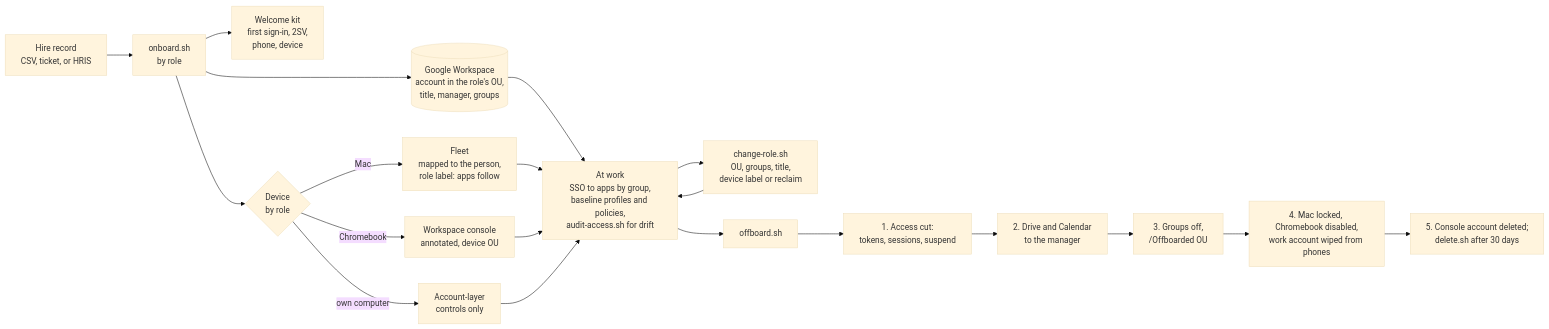
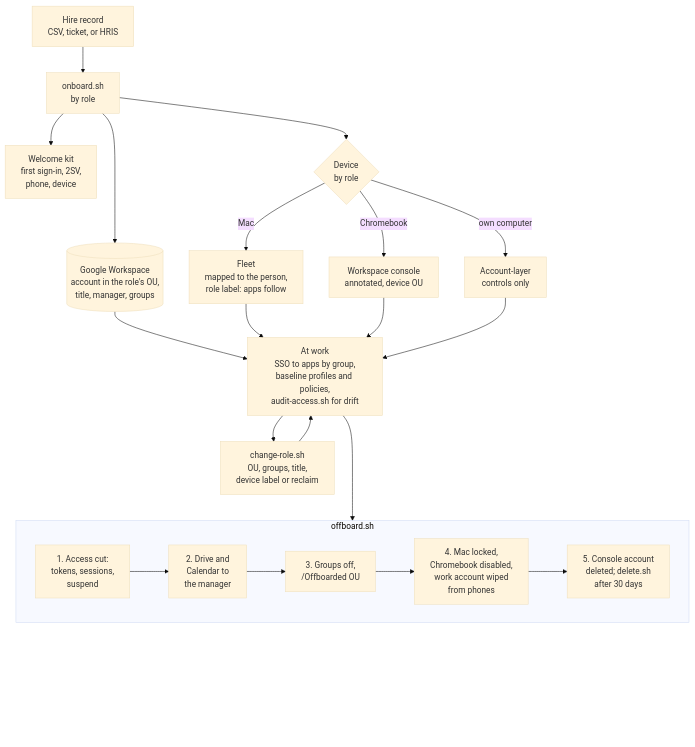
One commit to tjcollins321/endpoint-identity-lab changed the diagram in README.md. Above: the diagram before and after it, drawn with Mermaid (base theme).

Commit message:
README: the lifecycle diagram drawn top to bottom, the offboarding steps in one row (#1)

````diff
--- a/README.md
+++ b/README.md
@@ -25,22 +25,26 @@
 ```mermaid
-flowchart LR
+flowchart TB
   HR["Hire record<br/>CSV, ticket, or HRIS"] --> ON["onboard.sh<br/>by role"]
   ON --> WS[("Google Workspace<br/>account in the role's OU,<br/>title, manager, groups")]
   ON --> KIT["Welcome kit<br/>first sign-in, 2SV,<br/>phone, device"]
   ON --> DEV{"Device<br/>by role"}
   DEV -->|Mac| FL["Fleet<br/>mapped to the person,<br/>role label: apps follow"]
   DEV -->|Chromebook| CR["Workspace console<br/>annotated, device OU"]
   DEV -->|own computer| BYOD["Account-layer<br/>controls only"]
   WS --> WORK["At work<br/>SSO to apps by group,<br/>baseline profiles and policies,<br/>audit-access.sh for drift"]
   FL --> WORK
   CR --> WORK
   BYOD --> WORK
   WORK --> CH["change-role.sh<br/>OU, groups, title,<br/>device label or reclaim"]
   CH --> WORK
-  WORK --> OFF["offboard.sh"]
-  OFF --> O1["1. Access cut:<br/>tokens, sessions, suspend"]
-  O1 --> O2["2. Drive and Calendar<br/>to the manager"]
-  O2 --> O3["3. Groups off,<br/>/Offboarded OU"]
-  O3 --> O4["4. Mac locked, Chromebook disabled,<br/>work account wiped from phones"]
-  O4 --> O5["5. Console account deleted;<br/>delete.sh after 30 days"]
+  WORK ---> LEAVE
+  subgraph LEAVE["offboard.sh"]
+    direction LR
+    O1["1. Access cut:<br/>tokens, sessions,<br/>suspend"] --> O2["2. Drive and<br/>Calendar to<br/>the manager"]
+    O2 --> O3["3. Groups off,<br/>/Offboarded OU"]
+    O3 --> O4["4. Mac locked,<br/>Chromebook disabled,<br/>work account wiped<br/>from phones"]
+    O4 --> O5["5. Console account<br/>deleted; delete.sh<br/>after 30 days"]
+  end
+  LEAVE ~~~~~~ PAD[" "]
+  style PAD fill:none,stroke:none
 ```
````
